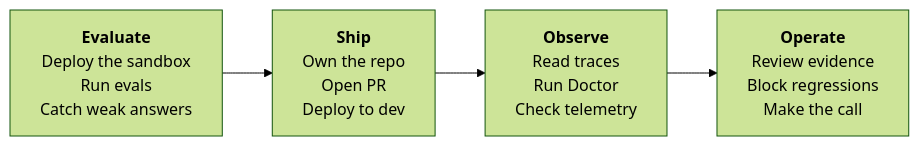
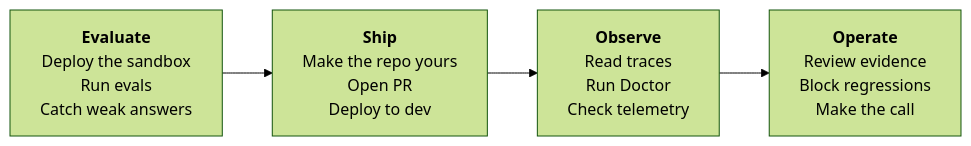
The diagram in docs/tutorial-http-agent.md (Azure/agentops), drawn with Mermaid (forest theme) before and after one commit. The commit also changed other lines of this file and 4 other files, not shown here.

````diff
--- a/docs/tutorial-http-agent.md
+++ b/docs/tutorial-http-agent.md
@@ -13,9 +13,9 @@
 ```mermaid
 flowchart LR
     E["<b>Evaluate</b><br/>Deploy the sandbox<br/>Run evals<br/>Catch weak answers"]
-    S["<b>Ship</b><br/>Own the repo<br/>Open PR<br/>Deploy to dev"]
+    S["<b>Ship</b><br/>Make the repo yours<br/>Open PR<br/>Deploy to dev"]
     O["<b>Observe</b><br/>Read traces<br/>Run Doctor<br/>Check telemetry"]
     W["<b>Operate</b><br/>Review evidence<br/>Block regressions<br/>Make the call"]
 
     E --> S --> O --> W
 ```
````
